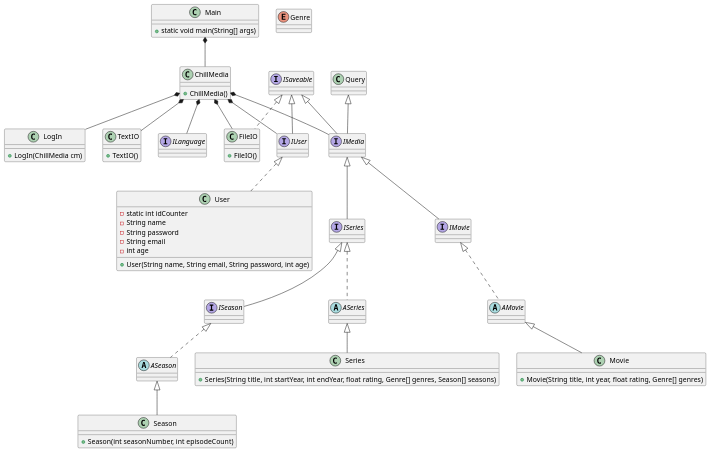
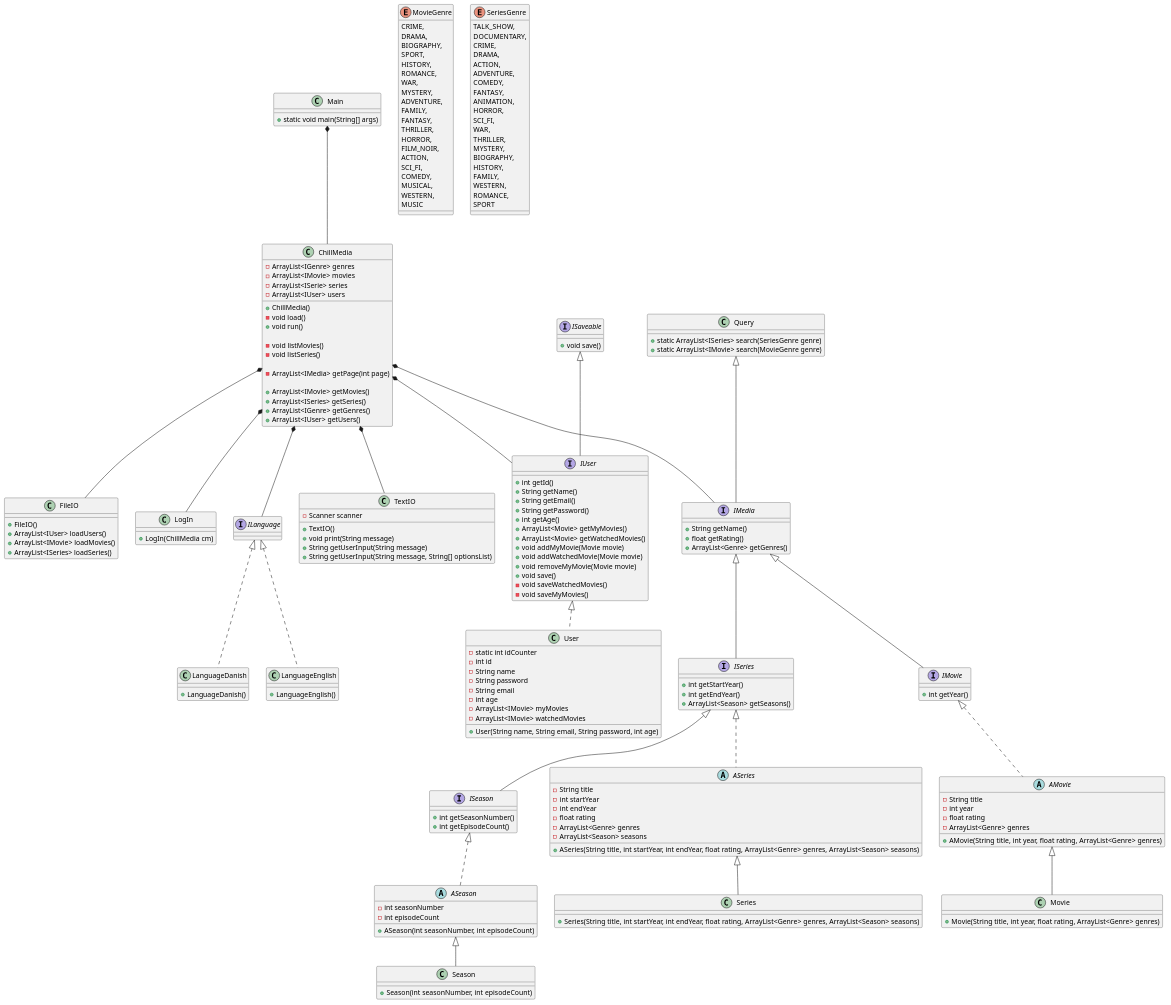
The diagram in Documentation/Streamingtjeneste.puml (Peter537/Dat1-SP3), drawn with PlantUML before and after one commit.

Commit message:
uml opdatering

```diff
--- a/Documentation/Streamingtjeneste.puml
+++ b/Documentation/Streamingtjeneste.puml
@@ -10,8 +10,24 @@
 
 ' MAIN KLASSEN
 class ChillMedia {
+    - ArrayList<IGenre> genres
+    - ArrayList<IMovie> movies
+    - ArrayList<ISerie> series
+    - ArrayList<IUser> users
 
     + ChillMedia()
+    - void load()
+    + void run()
+
+    - void listMovies()
+    - void listSeries()
+
+    - ArrayList<IMedia> getPage(int page)
+
+    + ArrayList<IMovie> getMovies()
+    + ArrayList<ISeries> getSeries()
+    + ArrayList<IGenre> getGenres()
+    + ArrayList<IUser> getUsers()
 }
 
 class LogIn {
@@ -23,36 +39,47 @@
     ' STATIC CLASS, EVT. KUNNE MAN LAVE EN INSTANS AF DENNE
     ' OG BRUGE DEN I CHILLMEDIA OG DERFRA BRUGE QUERY
 
+    + static ArrayList<ISeries> search(SeriesGenre genre)
+    + static ArrayList<IMovie> search(MovieGenre genre)
 }
 
 class TextIO {
+    - Scanner scanner
 
     + TextIO()
+    + void print(String message)
+    + String getUserInput(String message)
+    + String getUserInput(String message, String[] optionsList)
 }
 
-class FileIO implements ISaveable {
-
+class FileIO {
     + FileIO()
+    + ArrayList<IUser> loadUsers()
+    + ArrayList<IMovie> loadMovies()
+    + ArrayList<ISeries> loadSeries()
 }
 
 class User implements IUser {
     - static int idCounter
+    - int id
     - String name
     - String password
     - String email
     - int age
+    - ArrayList<IMovie> myMovies
+    - ArrayList<IMovie> watchedMovies
 
     + User(String name, String email, String password, int age)
 }
 
 class Movie extends AMovie {
 
-    + Movie(String title, int year, float rating, Genre[] genres)
+    + Movie(String title, int year, float rating, ArrayList<Genre> genres)
 }
 
 class Series extends ASeries {
 
-    + Series(String title, int startYear, int endYear, float rating, Genre[] genres, Season[] seasons)
+    + Series(String title, int startYear, int endYear, float rating, ArrayList<Genre> genres, ArrayList<Season> seasons)
 }
 
 class Season extends ASeason {
@@ -60,60 +87,144 @@
     + Season(int seasonNumber, int episodeCount)
 }
 
+class LanguageDanish implements ILanguage {
+
+    + LanguageDanish()
+}
+
+class LanguageEnglish implements ILanguage {
+
+    + LanguageEnglish()
+}
+
 ' *****************
 ' ABSTRACT CLASS
 ' *****************
 
 abstract class AMovie implements IMovie {
+    - String title
+    - int year
+    - float rating
+    - ArrayList<Genre> genres
 
+    + AMovie(String title, int year, float rating, ArrayList<Genre> genres)
 }
 
 abstract class ASeries implements ISeries {
+    - String title
+    - int startYear
+    - int endYear
+    - float rating
+    - ArrayList<Genre> genres
+    - ArrayList<Season> seasons
 
+    + ASeries(String title, int startYear, int endYear, float rating, ArrayList<Genre> genres, ArrayList<Season> seasons)
 }
 
 abstract class ASeason implements ISeason {
+    - int seasonNumber
+    - int episodeCount
 
+    + ASeason(int seasonNumber, int episodeCount)
 }
 
 ' *****************
 ' INTERFACES
 ' *****************
 
-interface IMedia extends ISaveable, Query {
+interface IMedia extends Query {
+    + String getName()
+    + float getRating()
+    + ArrayList<Genre> getGenres()
+}
 
+interface ISeries implements IMedia {
+    + int getStartYear()
+    + int getEndYear()
+    + ArrayList<Season> getSeasons()
 }
 
 interface ISeason implements ISeries {
-
-}
-
-interface ISeries implements IMedia {
-
+    + int getSeasonNumber()
+    + int getEpisodeCount()
 }
 
 interface IMovie implements IMedia {
-
+    + int getYear()
 }
 
 interface IUser implements ISaveable {
-
+    + int getId()
+    + String getName()
+    + String getEmail()
+    + String getPassword()
+    + int getAge()
+    + ArrayList<Movie> getMyMovies()
+    + ArrayList<Movie> getWatchedMovies()
+    + void addMyMovie(Movie movie)
+    + void addWatchedMovie(Movie movie)
+    + void removeMyMovie(Movie movie)
+    + void save()
+    - void saveWatchedMovies()
+    - void saveMyMovies()
 }
 
 interface ILanguage {
-
+    ' WILL MAKE THIS AT A LATER POINT
 }
 
 interface ISaveable {
-
+    + void save()
 }
 
 ' *****************
 ' ENUMS
 ' *****************
 
-enum Genre {
+enum MovieGenre {
+    CRIME,
+    DRAMA,
+    BIOGRAPHY,
+    SPORT,
+    HISTORY,
+    ROMANCE,
+    WAR,
+    MYSTERY,
+    ADVENTURE,
+    FAMILY,
+    FANTASY,
+    THRILLER,
+    HORROR,
+    FILM_NOIR,
+    ACTION,
+    SCI_FI,
+    COMEDY,
+    MUSICAL,
+    WESTERN,
+    MUSIC
+}
 
+enum SeriesGenre {
+    TALK_SHOW,
+    DOCUMENTARY,
+    CRIME,
+    DRAMA,
+    ACTION,
+    ADVENTURE,
+    COMEDY,
+    FANTASY,
+    ANIMATION,
+    HORROR,
+    SCI_FI,
+    WAR,
+    THRILLER,
+    MYSTERY,
+    BIOGRAPHY,
+    HISTORY,
+    FAMILY,
+    WESTERN,
+    ROMANCE,
+    SPORT
 }
 
 ' *****************
```
